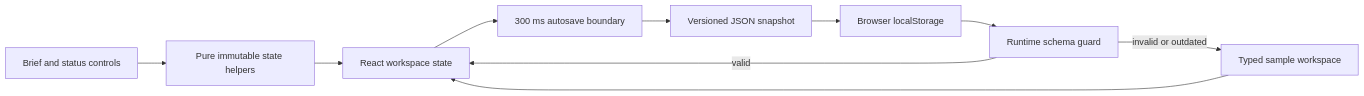
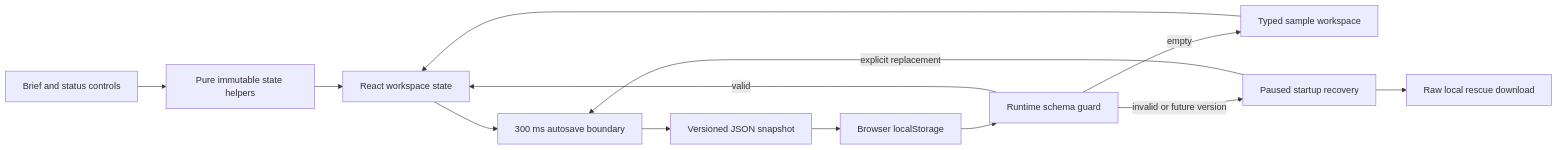
One commit to ASKR04/JavaScript changed the third of 14 diagrams in signalforge/docs/architecture.md. Above: the diagram before and after it, drawn with Mermaid. The commit also changed other lines of this file and 7 other files, not shown here.

````diff
--- a/signalforge/docs/architecture.md
+++ b/signalforge/docs/architecture.md
@@ -57,12 +57,15 @@
 ```mermaid
 flowchart LR
     Controls["Brief and status controls"] --> Actions["Pure immutable state helpers"]
     Actions --> React["React workspace state"]
     React --> Debounce["300 ms autosave boundary"]
     Debounce --> Snapshot["Versioned JSON snapshot"]
     Snapshot --> LocalStorage["Browser localStorage"]
     LocalStorage --> Guard["Runtime schema guard"]
     Guard -->|valid| React
-    Guard -->|invalid or outdated| Defaults["Typed sample workspace"]
+    Guard -->|empty| Defaults["Typed sample workspace"]
     Defaults --> React
+    Guard -->|invalid or future version| Recovery["Paused startup recovery"]
+    Recovery --> Raw["Raw local rescue download"]
+    Recovery -->|explicit replacement| Debounce
 ```
````
